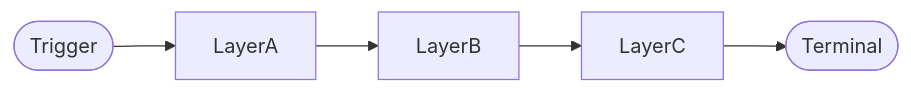
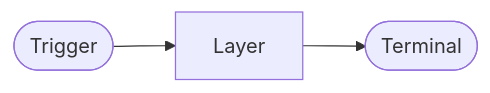
The first of 3 diagrams in generate-flow/templates/flow.template.md (minh-lb/ai-tools), drawn with Mermaid before and after one commit. The commit also changed other lines of this file and 73 other files, not shown here.

````diff
--- a/generate-flow/templates/flow.template.md
+++ b/generate-flow/templates/flow.template.md
@@ -22,7 +20,5 @@
 ```mermaid
 flowchart LR
-    A([Trigger]) --> B[LayerA]
-    B --> C[LayerB]
-    C --> D[LayerC]
-    D --> E([Terminal])
+    Trigger([Trigger]) --> Layer[Layer]
+    Layer --> Terminal([Terminal])
 ```
````
